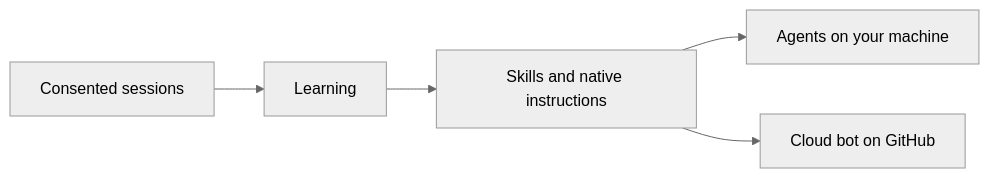
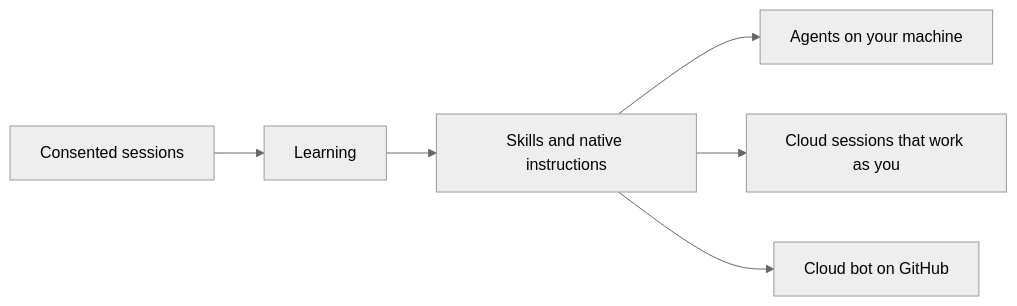
One commit to theonly1me/shadowclone changed the diagram in README.md. Above: the diagram before and after it, drawn with Mermaid (neutral theme). The commit also changed other lines of this file and 54 other files, not shown here.

First line of the commit message:
feat(clones): run cloud sessions on cloudflare, vercel, modal, daytona, and e2b (#213)

````diff
--- a/README.md
+++ b/README.md
@@ -119,7 +127,8 @@
 ```mermaid
 flowchart LR
   A[Consented sessions] --> B[Learning]
   B --> C[Skills and native instructions]
   C --> D[Agents on your machine]
-  C --> E[Cloud bot on GitHub]
+  C --> E[Cloud sessions that work as you]
+  C --> F[Cloud bot on GitHub]
 ```
````
